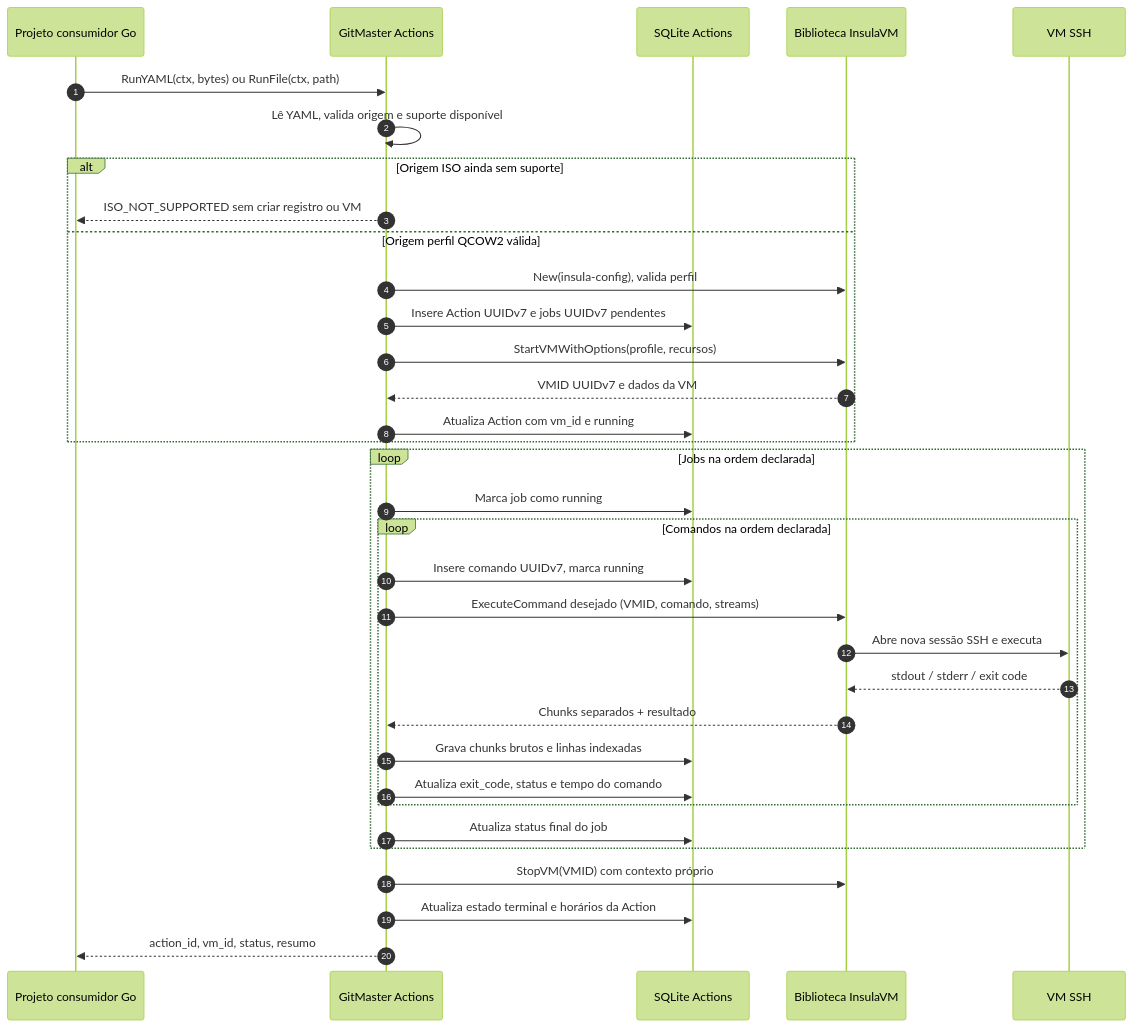
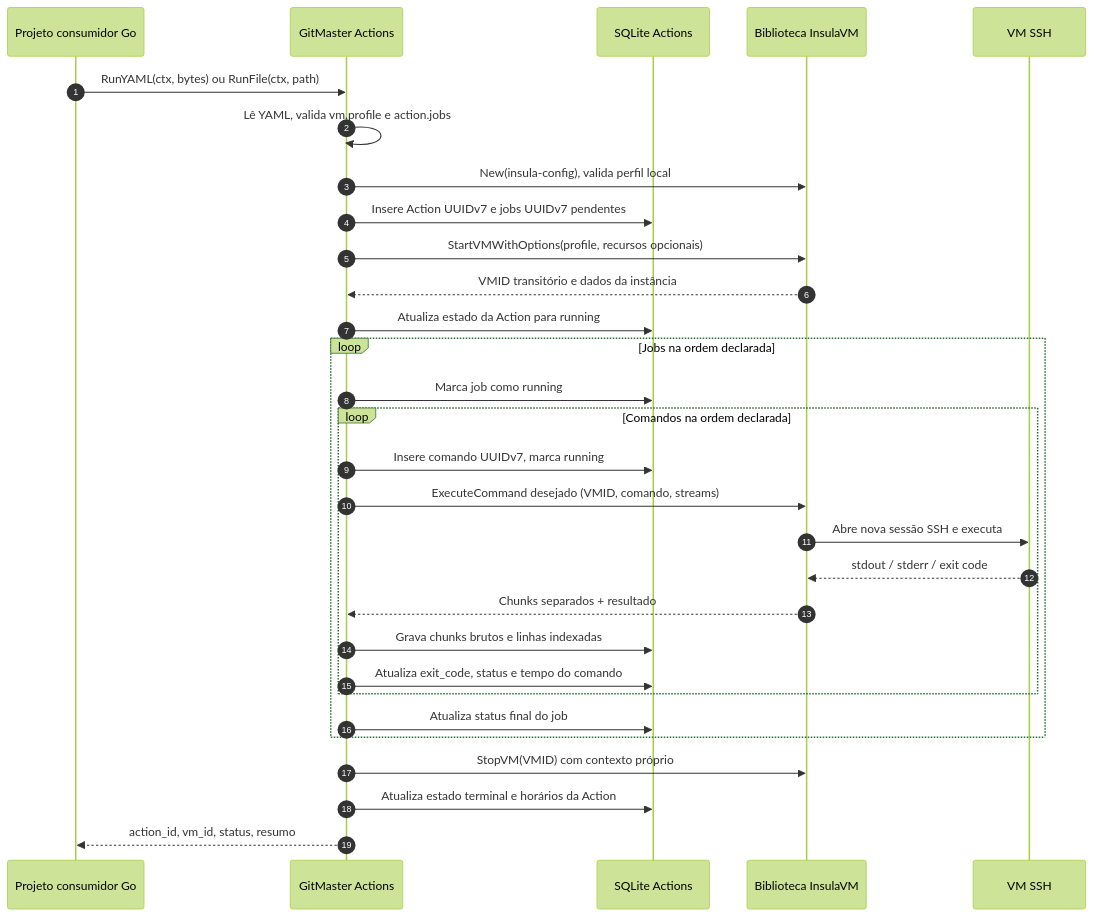
The diagram in docs/fluxos/FLUX-001-execucao-action.md (ahhvahh/gitmaster-actions), drawn with Mermaid (forest theme) before and after one commit. The commit also changed other lines of this file and 7 other files, not shown here.

Commit message:
docs: simplificar action para perfil InsulaVM local e jobs diretos

````diff
--- a/docs/fluxos/FLUX-001-execucao-action.md
+++ b/docs/fluxos/FLUX-001-execucao-action.md
@@ -23,36 +23,33 @@
 ```mermaid
 sequenceDiagram
     autonumber
     participant C as Projeto consumidor Go
     participant A as GitMaster Actions
     participant D as SQLite Actions
     participant I as Biblioteca InsulaVM
     participant V as VM SSH
     C->>A: RunYAML(ctx, bytes) ou RunFile(ctx, path)
-    A->>A: Lê YAML, valida origem e suporte disponível
-    alt Origem ISO ainda sem suporte
-        A-->>C: ISO_NOT_SUPPORTED sem criar registro ou VM
-    else Origem perfil QCOW2 válida
-        A->>I: New(insula-config), valida perfil
-        A->>D: Insere Action UUIDv7 e jobs UUIDv7 pendentes
-        A->>I: StartVMWithOptions(profile, recursos)
-        I-->>A: VMID UUIDv7 e dados da VM
-        A->>D: Atualiza Action com vm_id e running
-    end
+    A->>A: Lê YAML, valida vm.profile e action.jobs
+    A->>I: New(insula-config), valida perfil local
+    A->>D: Insere Action UUIDv7 e jobs UUIDv7 pendentes
+    A->>I: StartVMWithOptions(profile, recursos opcionais)
+    I-->>A: VMID transitório e dados da instância
+    A->>D: Atualiza estado da Action para running
+
     loop Jobs na ordem declarada
         A->>D: Marca job como running
         loop Comandos na ordem declarada
             A->>D: Insere comando UUIDv7, marca running
             A->>I: ExecuteCommand desejado (VMID, comando, streams)
             I->>V: Abre nova sessão SSH e executa
             V-->>I: stdout / stderr / exit code
             I-->>A: Chunks separados + resultado
             A->>D: Grava chunks brutos e linhas indexadas
             A->>D: Atualiza exit_code, status e tempo do comando
         end
         A->>D: Atualiza status final do job
     end
     A->>I: StopVM(VMID) com contexto próprio
     A->>D: Atualiza estado terminal e horários da Action
     A-->>C: action_id, vm_id, status, resumo
 ```
````
